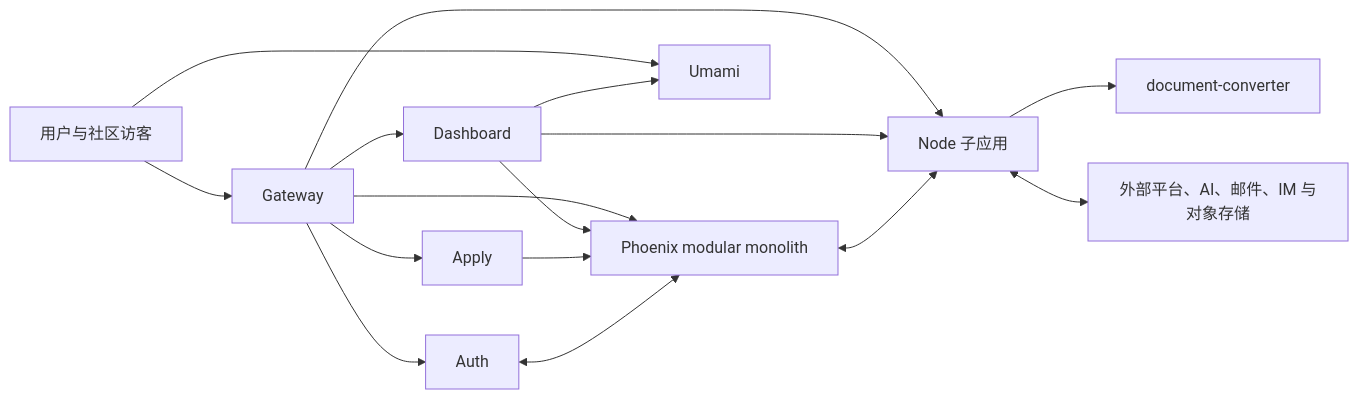
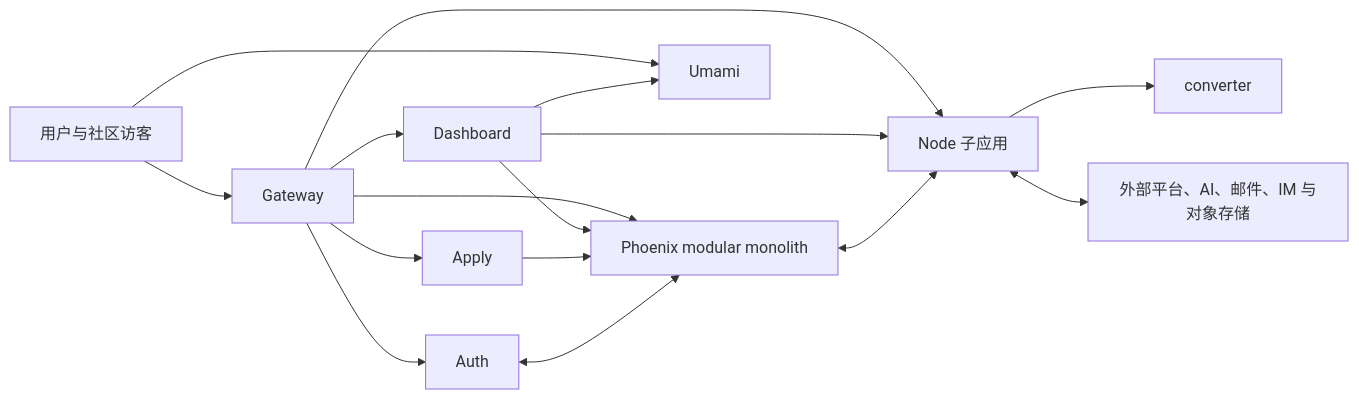
Before and after one commit to groupher/groupher: the diagram in docs/architecture/apps.md, drawn with Mermaid. The commit also changed other lines of this file and 370 other files, not shown here.

````diff
--- a/docs/architecture/apps.md
+++ b/docs/architecture/apps.md
@@ -110,31 +110,31 @@
 ```mermaid
 flowchart LR
   User["用户与社区访客"]
   Dashboard["Dashboard"]
   Apply["Apply"]
   Auth["Auth"]
   Gateway["Gateway"]
   Phoenix["Phoenix modular monolith"]
   Apps["Node 子应用"]
-  Converter["document-converter"]
+  Converter["converter"]
   Umami["Umami"]
   Providers["外部平台、AI、邮件、IM 与对象存储"]
 
   User --> Gateway
   Gateway --> Dashboard
   Gateway --> Apply
   Gateway --> Auth
   Gateway --> Phoenix
   Gateway --> Apps
 
   Dashboard --> Phoenix
   Dashboard --> Apps
   Apply --> Phoenix
   Auth <--> Phoenix
 
   Phoenix <--> Apps
   Apps --> Converter
   Apps <--> Providers
   User --> Umami
   Dashboard --> Umami
 ```
````
